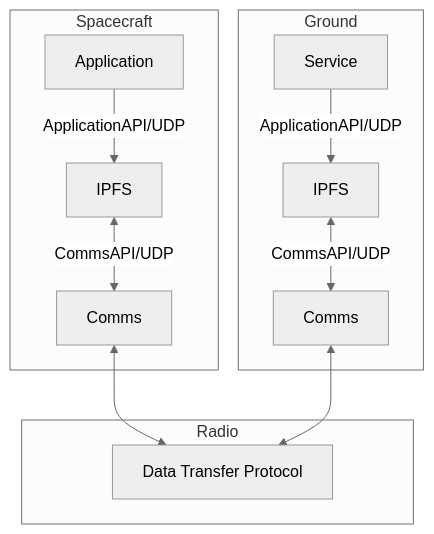
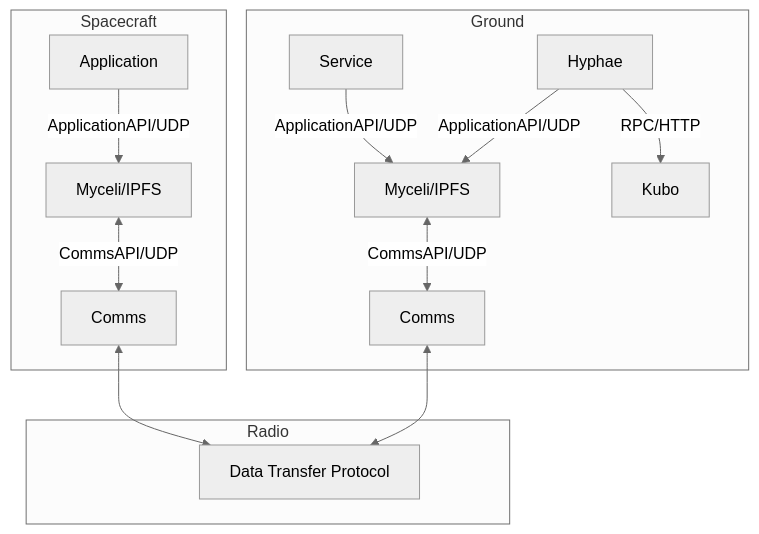
The first of 3 diagrams in README.md (ipfs-shipyard/space), drawn with Mermaid (neutral theme) before and after one commit. The commit also changed 18 other files, not shown here.

````diff
--- a/README.md
+++ b/README.md
@@ -81,19 +81,21 @@
 ```mermaid
 flowchart TD
     subgraph Spacecraft
-        A[Application] -- ApplicationAPI/UDP --> B[IPFS]
+        A[Application] -- ApplicationAPI/UDP --> B[Myceli/IPFS]
         B <-- CommsAPI/UDP --> C[Comms]
     end
 
     subgraph Radio
         Z[Data Transfer Protocol]
     end
 
     subgraph Ground
-        F[Service] -- ApplicationAPI/UDP --> E[IPFS]
+        F[Service] -- ApplicationAPI/UDP --> E[Myceli/IPFS]
         E <-- CommsAPI/UDP --> G[Comms]
+        H[Hyphae] -- ApplicationAPI/UDP --> E[Myceli/IPFS]
+        H[Hyphae] -- RPC/HTTP --> I[Kubo]
     end
 
     C <--> Z
     G <--> Z
 ```
````
